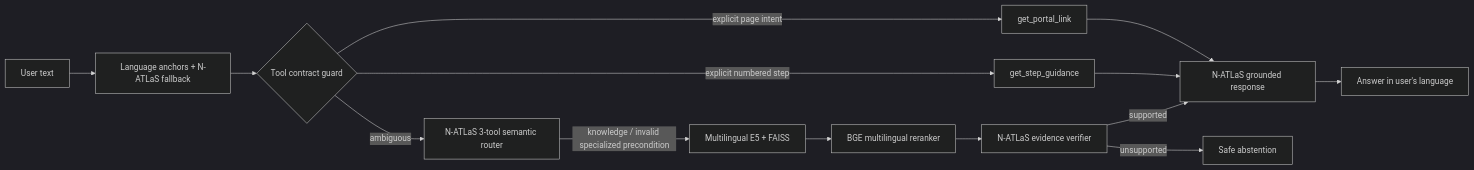
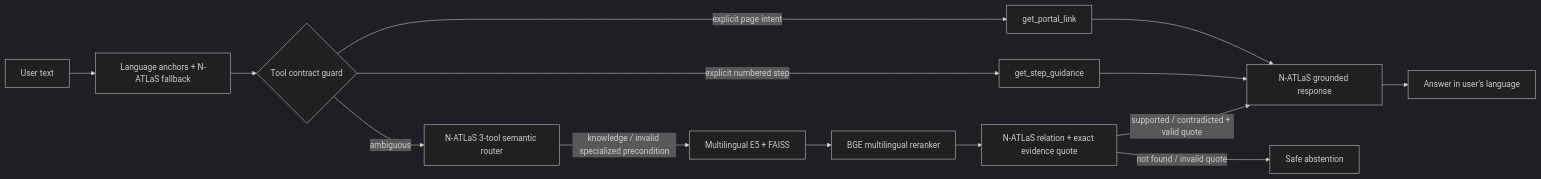
The diagram in README.md (Davemafy/ncair-lms-chatbot2.0), drawn with Mermaid (dark theme) before and after one commit. The commit also changed other lines of this file, not shown here.

Commit message:
Document quote-backed evidence verification

````diff
--- a/README.md
+++ b/README.md
@@ -11,16 +11,16 @@
 ```mermaid
 flowchart LR
     A[User text] --> B[Language anchors + N-ATLaS fallback]
     B --> C{Tool contract guard}
     C -->|explicit page intent| D[get_portal_link]
     C -->|explicit numbered step| E[get_step_guidance]
     C -->|ambiguous| F[N-ATLaS 3-tool semantic router]
     F -->|knowledge / invalid specialized precondition| G[Multilingual E5 + FAISS]
     D --> H[N-ATLaS grounded response]
     E --> H
     G --> I[BGE multilingual reranker]
-    I --> J[N-ATLaS evidence verifier]
-    J -->|supported| H
-    J -->|unsupported| K[Safe abstention]
+    I --> J[N-ATLaS relation + exact evidence quote]
+    J -->|supported / contradicted + valid quote| H
+    J -->|not found / invalid quote| K[Safe abstention]
     H --> L[Answer in user's language]
 ```
````
